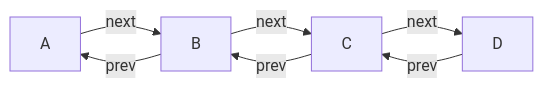
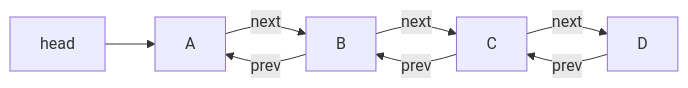
Before and after one commit to ChrisW-priv/PersonalVault: the diagram in zettelkasten/Doubly Linked List.md, drawn with Mermaid. The commit also changed 4 other files, not shown here.

````diff
--- a/zettelkasten/Doubly Linked List.md
+++ b/zettelkasten/Doubly Linked List.md
@@ -6,5 +6,5 @@
 ```mermaid
-flowchart LR
-    A -->|next| B -->|next| C -->|next| D
+graph LR
+    head --> A -->|next| B -->|next| C -->|next| D
 	D -->|prev| C -->|prev| B -->|prev| A
 ```
````
